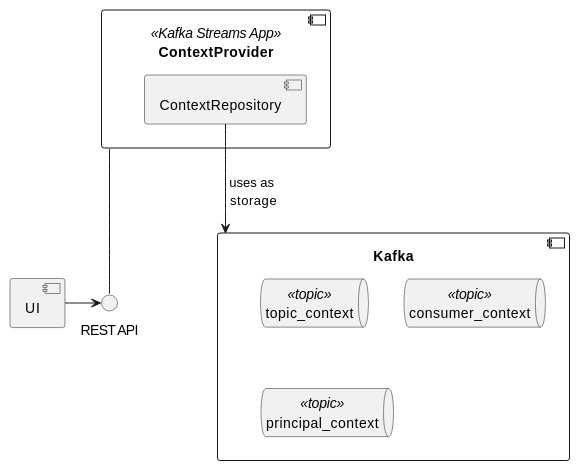
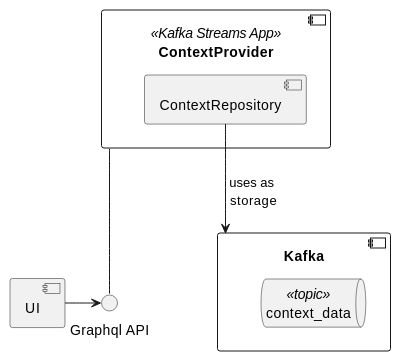
The third of 3 diagrams in docs/architecture/src/05_building_block_view.adoc (spoud/kafka-cost-control), drawn with PlantUML before and after one commit. The commit also changed other lines of this file and 14 other files, not shown here.

```diff
--- a/docs/architecture/src/05_building_block_view.adoc
+++ b/docs/architecture/src/05_building_block_view.adoc
@@ -176,19 +176,17 @@
 [plantuml, target=contextprovider, format=svg]
 ....
 @startuml
 component ContextProvider <<Kafka Streams App>> {
     [ContextRepository]
 }
-ContextProvider -- "REST API"
+ContextProvider -- "Graphql API"
 
 component Kafka {
-    queue topic_context <<topic>>
-    queue consumer_context <<topic>>
-    queue principal_context <<topic>>
+    queue context_data <<topic>>
 
 }
 
 [ContextRepository] --> Kafka: uses as\n storage
-[UI] -> "REST API"
+[UI] -> "Graphql API"
 @enduml
 ....
```
